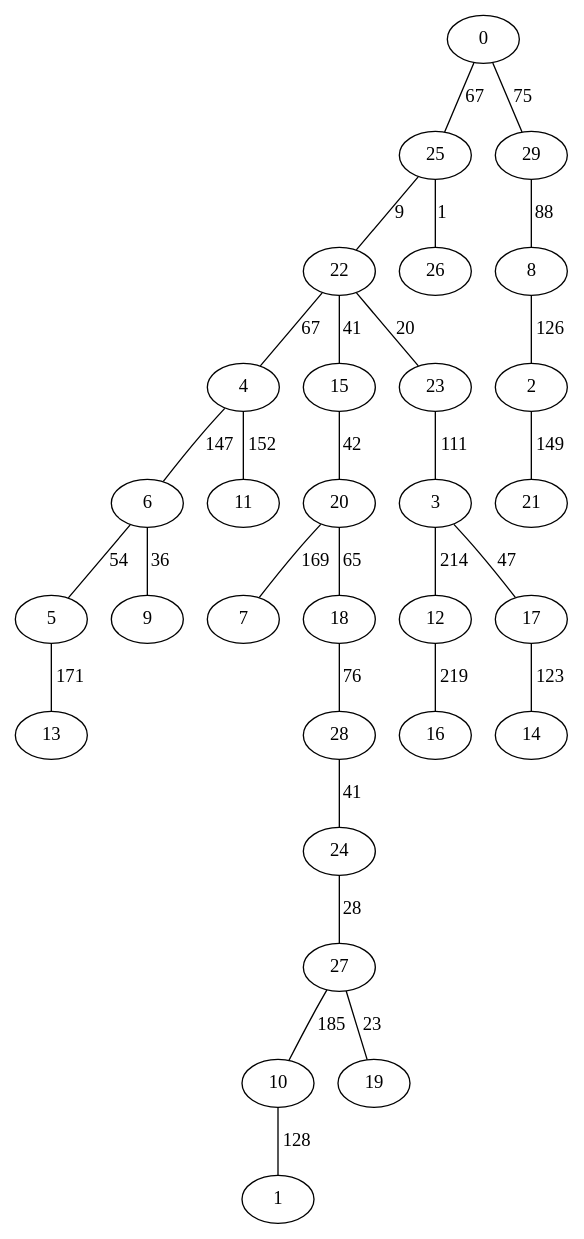
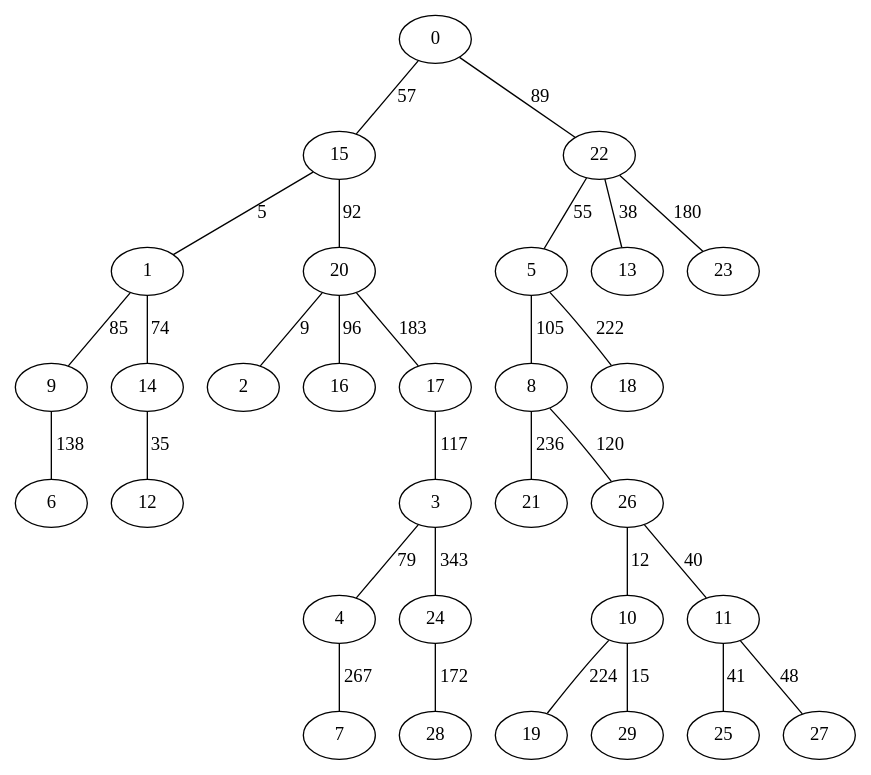
The diagram in Archivos gv/Erdos/grafo_erdos_30_200_Prim.gv (IngYordiDelgado/Proyecto_Grafos_DAA_4), drawn with Graphviz before and after one commit. The commit also changed 7 other files, not shown here.

```diff
--- a/Archivos gv/Erdos/grafo_erdos_30_200_Prim.gv
+++ b/Archivos gv/Erdos/grafo_erdos_30_200_Prim.gv
@@ -1,61 +1,61 @@
 strict graph G {
 0;
 1;
 2;
 3;
 4;
 5;
 6;
 7;
 8;
 9;
 10;
 11;
 12;
 13;
 14;
 15;
 16;
 17;
 18;
 19;
 20;
 21;
 22;
 23;
 24;
 25;
 26;
 27;
 28;
 29;
-8 -- 2  [label=126];
-15 -- 20  [label=42];
-25 -- 22  [label=9];
-23 -- 3  [label=111];
-10 -- 1  [label=128];
-28 -- 24  [label=41];
-3 -- 17  [label=47];
-4 -- 11  [label=152];
-29 -- 8  [label=88];
-22 -- 4  [label=67];
-4 -- 6  [label=147];
-6 -- 9  [label=36];
-22 -- 15  [label=41];
-12 -- 16  [label=219];
-20 -- 7  [label=169];
-22 -- 23  [label=20];
-18 -- 28  [label=76];
-0 -- 25  [label=67];
-3 -- 12  [label=214];
-27 -- 19  [label=23];
-24 -- 27  [label=28];
-17 -- 14  [label=123];
-6 -- 5  [label=54];
-2 -- 21  [label=149];
-25 -- 26  [label=1];
-27 -- 10  [label=185];
-0 -- 29  [label=75];
-5 -- 13  [label=171];
-20 -- 18  [label=65];
+9 -- 6  [label=138];
+11 -- 25  [label=41];
+5 -- 18  [label=222];
+26 -- 10  [label=12];
+11 -- 27  [label=48];
+8 -- 21  [label=236];
+1 -- 9  [label=85];
+20 -- 16  [label=96];
+26 -- 11  [label=40];
+10 -- 29  [label=15];
+1 -- 14  [label=74];
+14 -- 12  [label=35];
+3 -- 4  [label=79];
+20 -- 17  [label=183];
+17 -- 3  [label=117];
+3 -- 24  [label=343];
+8 -- 26  [label=120];
+4 -- 7  [label=267];
+20 -- 2  [label=9];
+0 -- 22  [label=89];
+15 -- 1  [label=5];
+0 -- 15  [label=57];
+22 -- 5  [label=55];
+24 -- 28  [label=172];
+15 -- 20  [label=92];
+10 -- 19  [label=224];
+22 -- 13  [label=38];
+5 -- 8  [label=105];
+22 -- 23  [label=180];
 }
```
